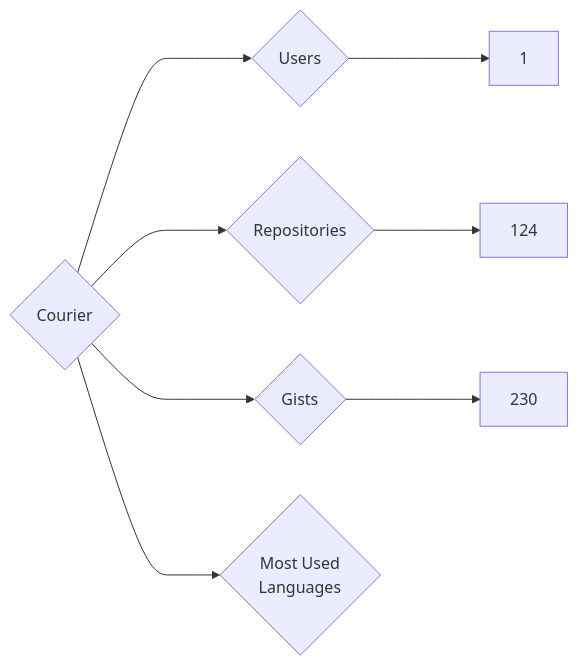
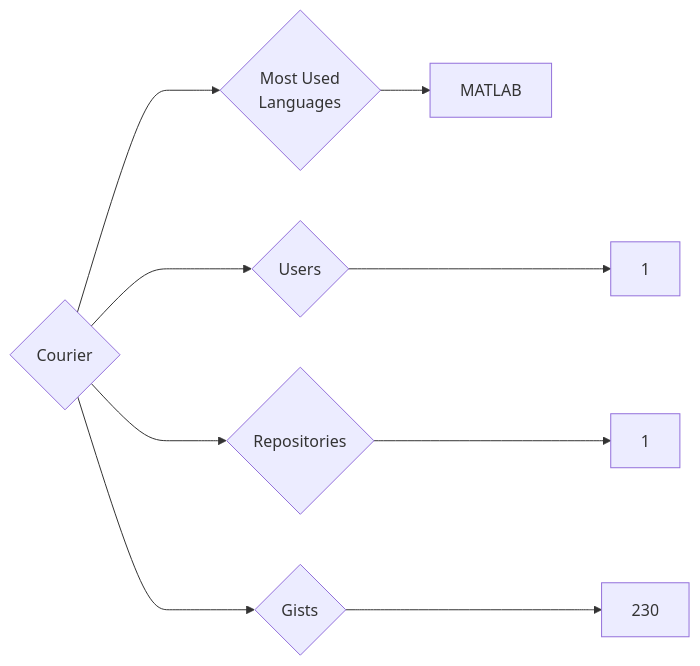
Before and after one commit to trickest/insiders: the diagram in targets/Courier/README.md, drawn with Mermaid. The commit also changed 745 other files, not shown here.

````diff
--- a/targets/Courier/README.md
+++ b/targets/Courier/README.md
@@ -3,8 +3,9 @@
 ```mermaid
 graph LR
 COMPANY_NAME{Courier}
 COMPANY_NAME ---> U{Users} ---> UN[1]
-COMPANY_NAME ---> R{Repositories} ---> RN[124]
+COMPANY_NAME ---> R{Repositories} ---> RN[1]
 COMPANY_NAME ---> G{Gists} ---> GN[230]
 COMPANY_NAME ---> ML{Most Used<br>Languages}
+ML --> MATLAB[MATLAB]
 ```
````
